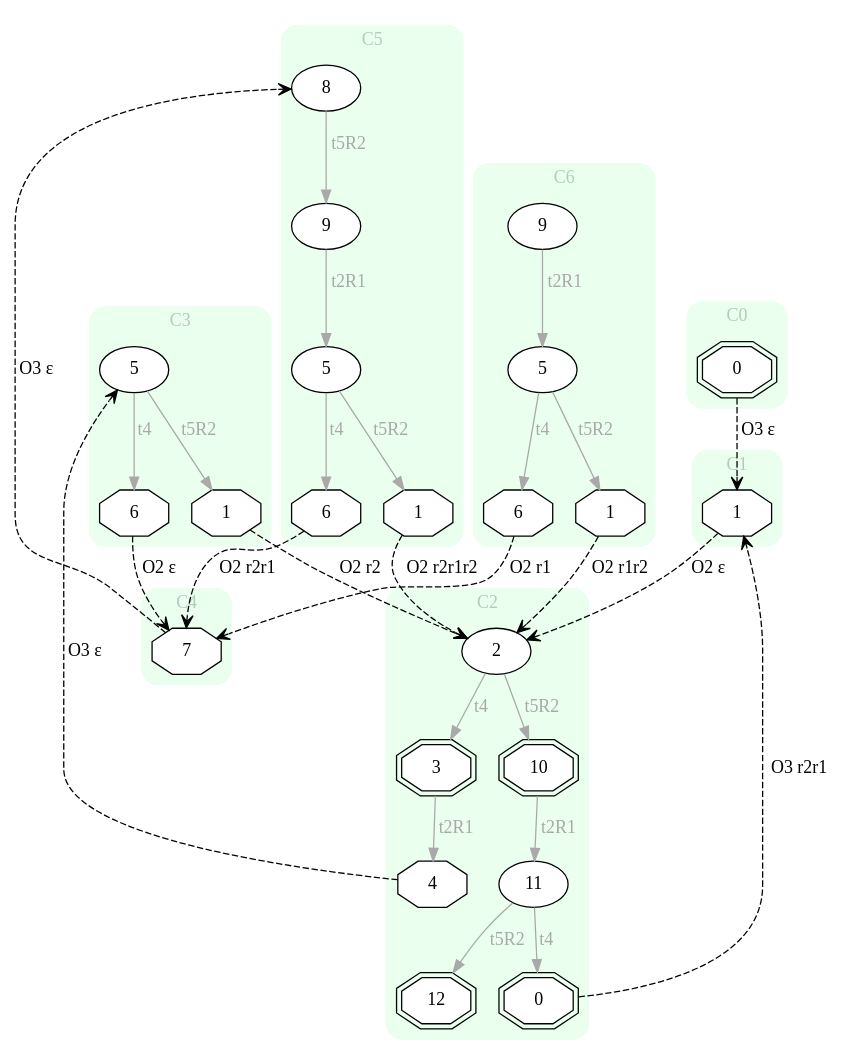
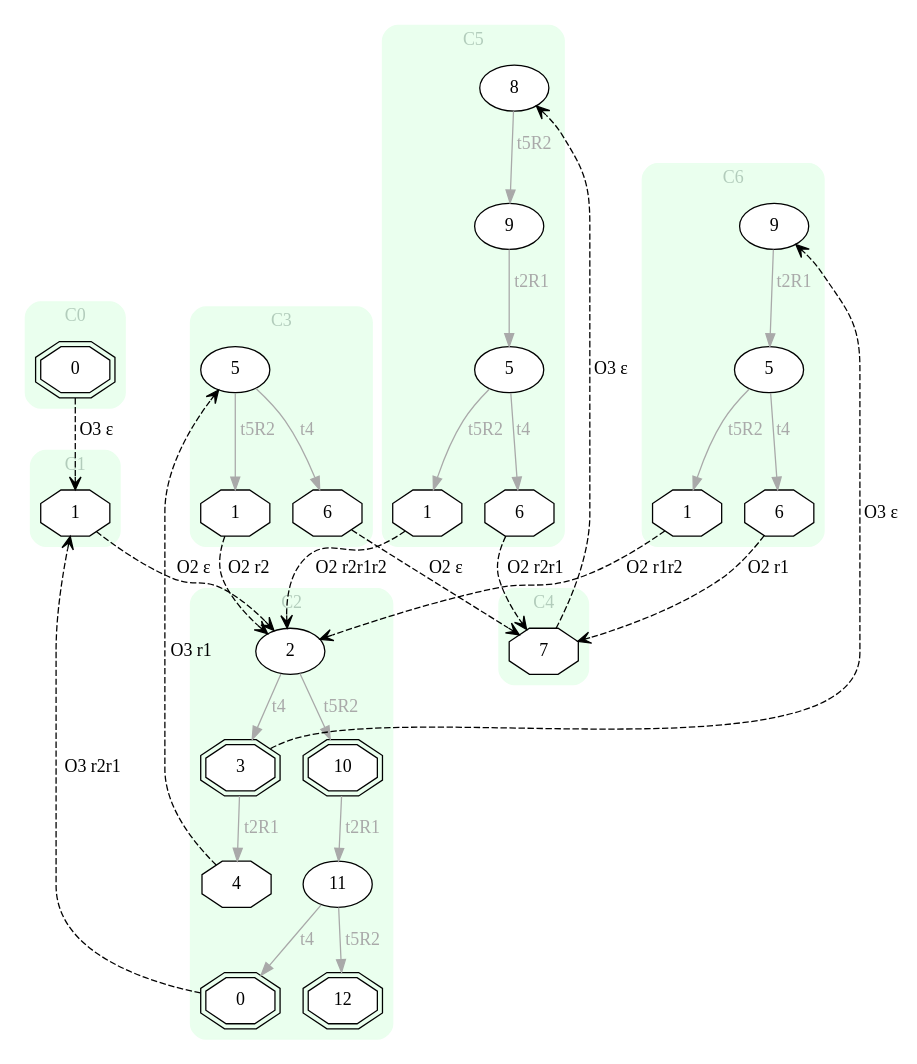
One commit to Stefano-BS/Explanatory-Diagnosis changed the diagram in input/e_EXP.dot. Above: the diagram before and after it, drawn with Graphviz. The commit also changed 20 other files, not shown here.

```diff
--- a/input/e_EXP.dot
+++ b/input/e_EXP.dot
@@ -1,79 +1,80 @@
 digraph "EXPinput/e" {
 node [style=filled fillcolor=white]
 subgraph cluster0 {
 style="rounded,filled" label="C0" fontcolor="#B2CCBB" color="#EAFFEE"
 edge[color=darkgray fontcolor=darkgray]
 node [shape=doubleoctagon]; C0S0 [label=0];
 }
 subgraph cluster1 {
 style="rounded,filled" label="C1" fontcolor="#B2CCBB" color="#EAFFEE"
 edge[color=darkgray fontcolor=darkgray]
 node [shape=octagon]; C1S1 [label=1];
 }
 subgraph cluster2 {
 style="rounded,filled" label="C2" fontcolor="#B2CCBB" color="#EAFFEE"
 edge[color=darkgray fontcolor=darkgray]
 node [shape=oval]; C2S2 [label=2];
 node [shape=doubleoctagon]; C2S0 [label=0];
 node [shape=doubleoctagon]; C2S3 [label=3];
 node [shape=octagon]; C2S4 [label=4];
 node [shape=doubleoctagon]; C2S10 [label=10];
 node [shape=oval]; C2S11 [label=11];
 node [shape=doubleoctagon]; C2S12 [label=12];
 C2S2 -> C2S3 [label=t4]
 C2S2 -> C2S10 [label=t5R2]
 C2S3 -> C2S4 [label=t2R1]
 C2S10 -> C2S11 [label=t2R1]
 C2S11 -> C2S0 [label=t4]
 C2S11 -> C2S12 [label=t5R2]
 }
 subgraph cluster3 {
 style="rounded,filled" label="C3" fontcolor="#B2CCBB" color="#EAFFEE"
 edge[color=darkgray fontcolor=darkgray]
 node [shape=oval]; C3S5 [label=5];
 node [shape=octagon]; C3S1 [label=1];
 node [shape=octagon]; C3S6 [label=6];
 C3S5 -> C3S6 [label=t4]
 C3S5 -> C3S1 [label=t5R2]
 }
 subgraph cluster4 {
 style="rounded,filled" label="C4" fontcolor="#B2CCBB" color="#EAFFEE"
 edge[color=darkgray fontcolor=darkgray]
 node [shape=octagon]; C4S7 [label=7];
 }
 subgraph cluster5 {
 style="rounded,filled" label="C5" fontcolor="#B2CCBB" color="#EAFFEE"
 edge[color=darkgray fontcolor=darkgray]
 node [shape=oval]; C5S8 [label=8];
 node [shape=oval]; C5S5 [label=5];
 node [shape=octagon]; C5S6 [label=6];
 node [shape=octagon]; C5S1 [label=1];
 node [shape=oval]; C5S9 [label=9];
 C5S8 -> C5S9 [label=t5R2]
 C5S5 -> C5S6 [label=t4]
 C5S5 -> C5S1 [label=t5R2]
 C5S9 -> C5S5 [label=t2R1]
 }
 subgraph cluster6 {
 style="rounded,filled" label="C6" fontcolor="#B2CCBB" color="#EAFFEE"
 edge[color=darkgray fontcolor=darkgray]
 node [shape=oval]; C6S9 [label=9];
 node [shape=oval]; C6S5 [label=5];
 node [shape=octagon]; C6S6 [label=6];
 node [shape=octagon]; C6S1 [label=1];
 C6S9 -> C6S5 [label=t2R1]
 C6S5 -> C6S6 [label=t4]
 C6S5 -> C6S1 [label=t5R2]
 }
 C0S0 -> C1S1 [style=dashed arrowhead=vee label="O3 ε"]
 C1S1 -> C2S2 [style=dashed arrowhead=vee label="O2 ε"]
 C2S0 -> C1S1 [style=dashed arrowhead=vee label="O3 r2r1"]
-C2S4 -> C3S5 [style=dashed arrowhead=vee label="O3 ε"]
+C2S3 -> C6S9 [style=dashed arrowhead=vee label="O3 ε"]
+C2S4 -> C3S5 [style=dashed arrowhead=vee label="O3 r1"]
 C3S1 -> C2S2 [style=dashed arrowhead=vee label="O2 r2"]
 C3S6 -> C4S7 [style=dashed arrowhead=vee label="O2 ε"]
 C4S7 -> C5S8 [style=dashed arrowhead=vee label="O3 ε"]
 C5S1 -> C2S2 [style=dashed arrowhead=vee label="O2 r2r1r2"]
 C5S6 -> C4S7 [style=dashed arrowhead=vee label="O2 r2r1"]
 C6S1 -> C2S2 [style=dashed arrowhead=vee label="O2 r1r2"]
 C6S6 -> C4S7 [style=dashed arrowhead=vee label="O2 r1"]
 }
```
